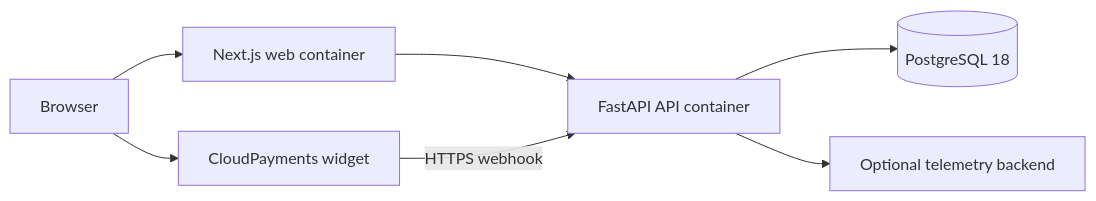
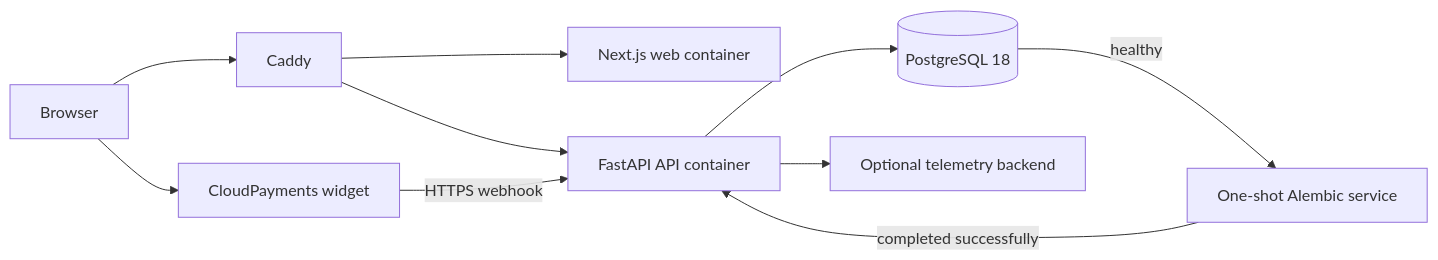
One commit to gushinets/payments-portal changed the diagram in docs/architecture/deployment.md. Above: the diagram before and after it, drawn with Mermaid. The commit also changed other lines of this file and 19 other files, not shown here.

````diff
--- a/docs/architecture/deployment.md
+++ b/docs/architecture/deployment.md
@@ -8,9 +8,12 @@
 ```mermaid
 flowchart LR
-  Browser["Browser"] --> Web["Next.js web container"]
-  Web --> API["FastAPI API container"]
-  API --> DB[("PostgreSQL 18")]
+  Browser["Browser"] --> Caddy["Caddy"]
+  Caddy --> Web["Next.js web container"]
+  Caddy --> API["FastAPI API container"]
+  DB[("PostgreSQL 18")] -->|"healthy"| Migrate["One-shot Alembic service"]
+  Migrate -->|"completed successfully"| API
+  API --> DB
   Browser --> CP["CloudPayments widget"]
   CP -->|"HTTPS webhook"| API
   API --> OTEL["Optional telemetry backend"]
 ```
````
